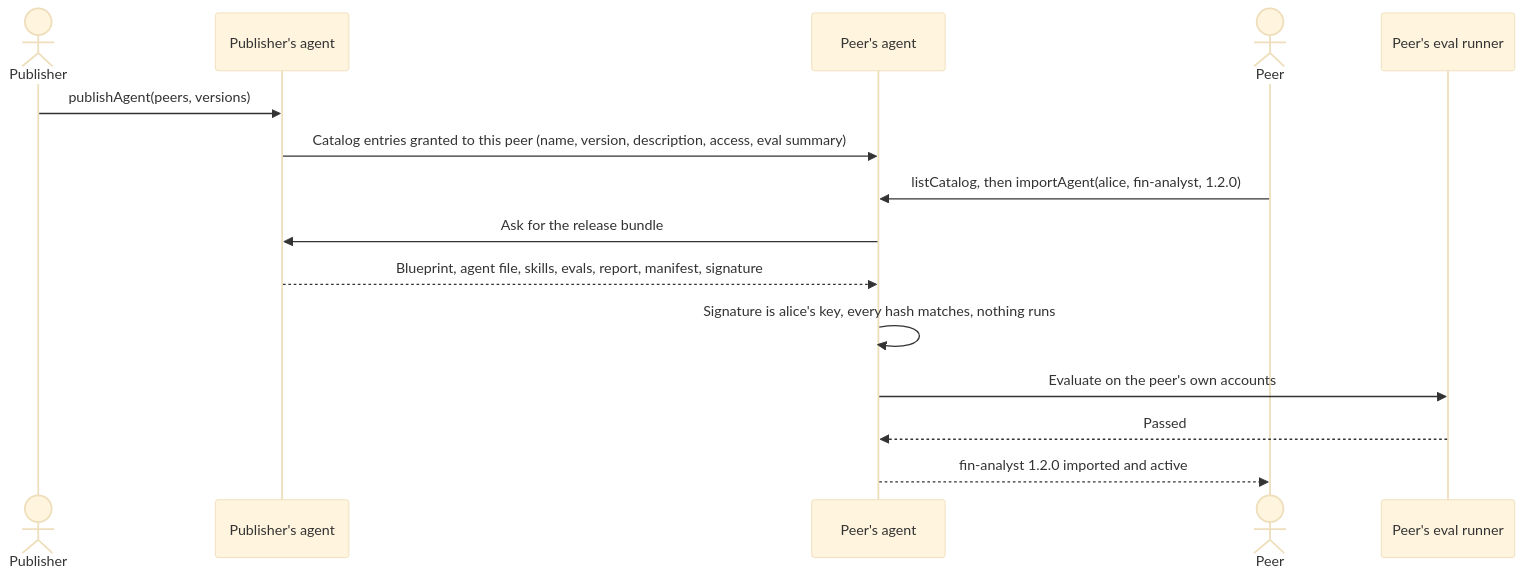
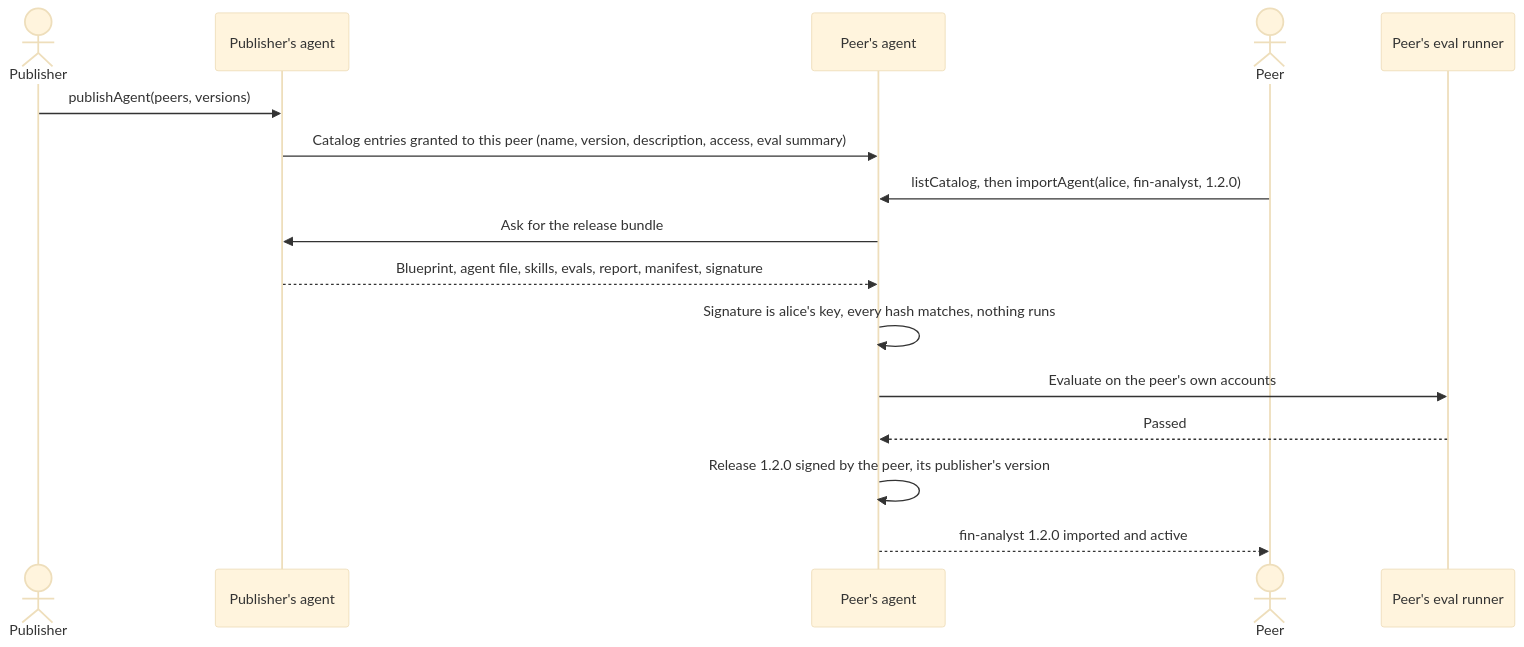
The ninth of 14 diagrams in docs/agent-factory/design/workflows.md (mcbelton/proofkin), drawn with Mermaid (base theme) before and after one commit. The commit also changed other lines of this file and 52 other files, not shown here.

````diff
--- a/docs/agent-factory/design/workflows.md
+++ b/docs/agent-factory/design/workflows.md
@@ -208,17 +211,18 @@
 ```mermaid
 sequenceDiagram
   actor O as Publisher
   participant PA as Publisher's agent
   participant QA as Peer's agent
   actor Q as Peer
   participant R as Peer's eval runner
   O->>PA: publishAgent(peers, versions)
   PA->>QA: Catalog entries granted to this peer (name, version, description, access, eval summary)
   Q->>QA: listCatalog, then importAgent(alice, fin-analyst, 1.2.0)
   QA->>PA: Ask for the release bundle
   PA-->>QA: Blueprint, agent file, skills, evals, report, manifest, signature
   QA->>QA: Signature is alice's key, every hash matches, nothing runs
   QA->>R: Evaluate on the peer's own accounts
   R-->>QA: Passed
+  QA->>QA: Release 1.2.0 signed by the peer, its publisher's version
   QA-->>Q: fin-analyst 1.2.0 imported and active
 ```
````
